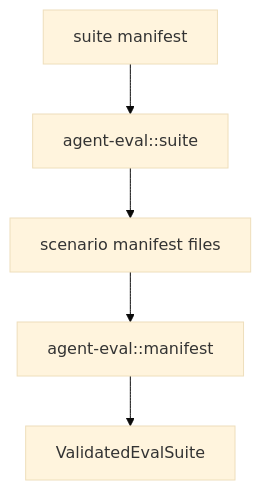
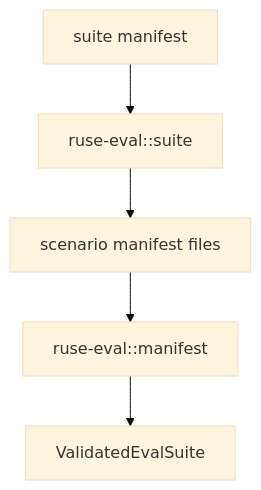
Before and after one commit to poneding/agent: the diagram in docs/specs/M28-01-scenario-suite-manifest.spec.md, drawn with Mermaid (base theme). The commit also changed other lines of this file and 2091 other files, not shown here.

First line of the commit message:
refactor: rename agent branding to ruse

````diff
--- a/docs/specs/M28-01-scenario-suite-manifest.spec.md
+++ b/docs/specs/M28-01-scenario-suite-manifest.spec.md
@@ -32,7 +32,7 @@
 ```mermaid
 flowchart TD
-  SuiteFile["suite manifest"] --> Suite["agent-eval::suite"]
+  SuiteFile["suite manifest"] --> Suite["ruse-eval::suite"]
   Suite --> ScenarioFiles["scenario manifest files"]
-  ScenarioFiles --> Manifest["agent-eval::manifest"]
+  ScenarioFiles --> Manifest["ruse-eval::manifest"]
   Manifest --> Validated["ValidatedEvalSuite"]
 ```
````
